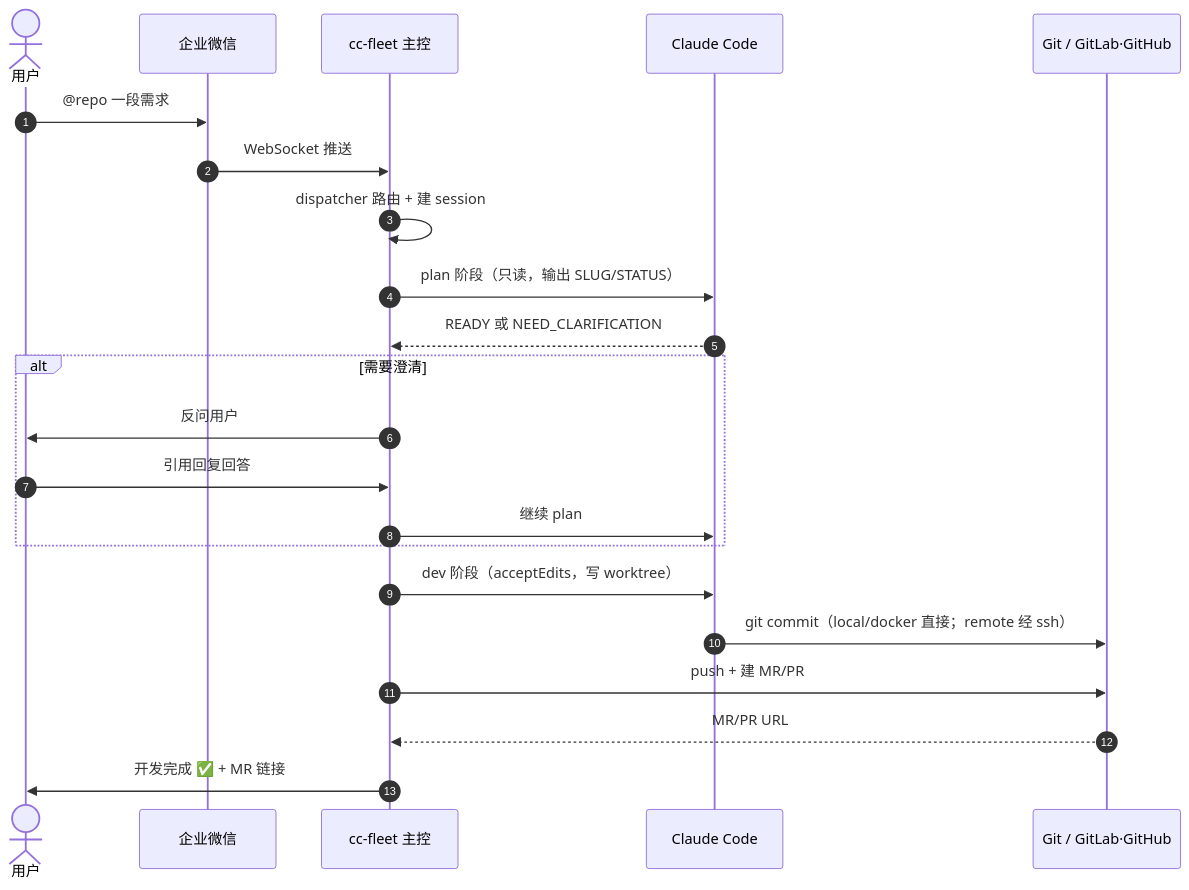
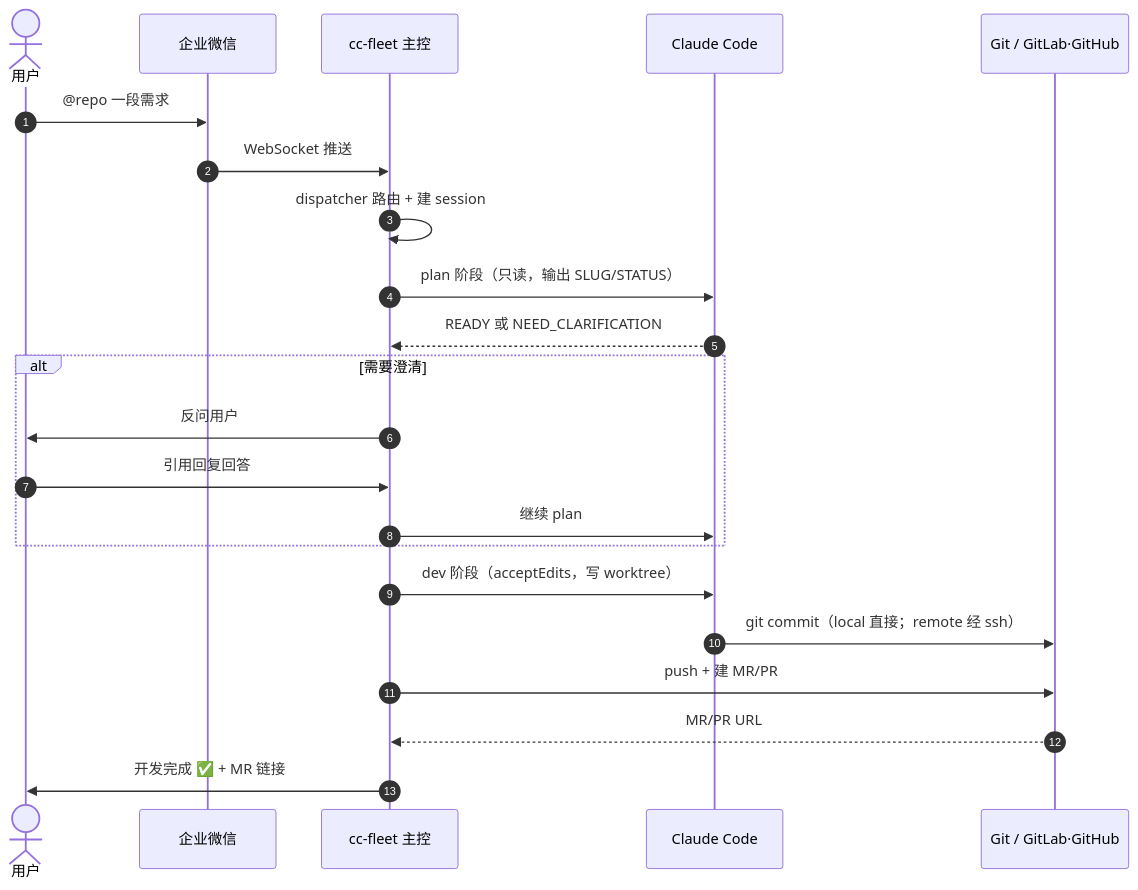
The first of 2 diagrams in README.md (fboostr/cc-fleet), drawn with Mermaid before and after one commit. The commit also changed other lines of this file and 15 other files, not shown here.

````diff
--- a/README.md
+++ b/README.md
@@ -21,24 +21,24 @@
 ```mermaid
 sequenceDiagram
     autonumber
     actor U as 用户
     participant IM as 企业微信
     participant F as cc-fleet 主控
     participant C as Claude Code
     participant G as Git / GitLab·GitHub
     U->>IM: @repo 一段需求
     IM->>F: WebSocket 推送
     F->>F: dispatcher 路由 + 建 session
     F->>C: plan 阶段（只读，输出 SLUG/STATUS）
     C-->>F: READY 或 NEED_CLARIFICATION
     alt 需要澄清
         F->>U: 反问用户
         U->>F: 引用回复回答
         F->>C: 继续 plan
     end
     F->>C: dev 阶段（acceptEdits，写 worktree）
-    C->>G: git commit（local/docker 直接；remote 经 ssh）
+    C->>G: git commit（local 直接；remote 经 ssh）
     F->>G: push + 建 MR/PR
     G-->>F: MR/PR URL
     F->>U: 开发完成 ✅ + MR 链接
 ```
````
